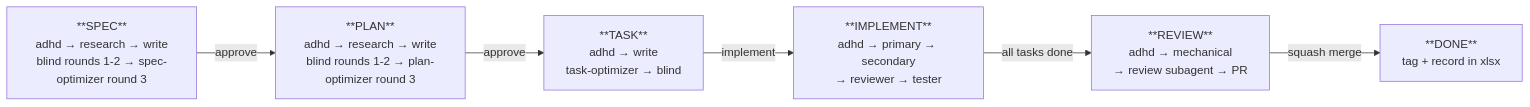
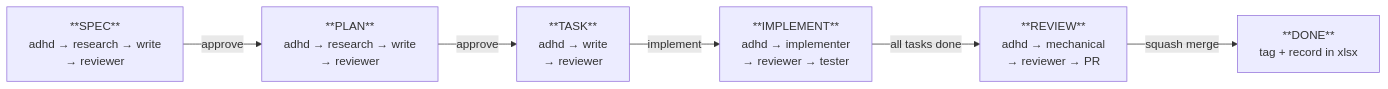
Before and after one commit to bperin/project-context: the second of 4 diagrams in README.md, drawn with Mermaid. The commit also changed other lines of this file and 4 other files, not shown here.

First line of the commit message:
Clean up blind-reviewer and explorer references in docs

````diff
--- a/README.md
+++ b/README.md
@@ -82,14 +82,14 @@
 ```mermaid
 graph LR
-    SPEC["**SPEC**<br/>adhd → research → write<br/>blind rounds 1-2 → spec-optimizer round 3"]
-    PLAN["**PLAN**<br/>adhd → research → write<br/>blind rounds 1-2 → plan-optimizer round 3"]
-    TASK["**TASK**<br/>adhd → write<br/>task-optimizer → blind"]
-    IMPL["**IMPLEMENT**<br/>adhd → primary → secondary<br/>→ reviewer → tester"]
-    REVIEW["**REVIEW**<br/>adhd → mechanical<br/>→ review subagent → PR"]
+    SPEC["**SPEC**<br/>adhd → research → write<br/>→ reviewer"]
+    PLAN["**PLAN**<br/>adhd → research → write<br/>→ reviewer"]
+    TASK["**TASK**<br/>adhd → write<br/>→ reviewer"]
+    IMPL["**IMPLEMENT**<br/>adhd → implementer<br/>→ reviewer → tester"]
+    REVIEW["**REVIEW**<br/>adhd → mechanical<br/>→ reviewer → PR"]
 
     SPEC -->|approve| PLAN
     PLAN -->|approve| TASK
     TASK -->|implement| IMPL
     IMPL -->|all tasks done| REVIEW
     REVIEW -->|squash merge| DONE["**DONE**<br/>tag + record in xlsx"]
 ```
````
